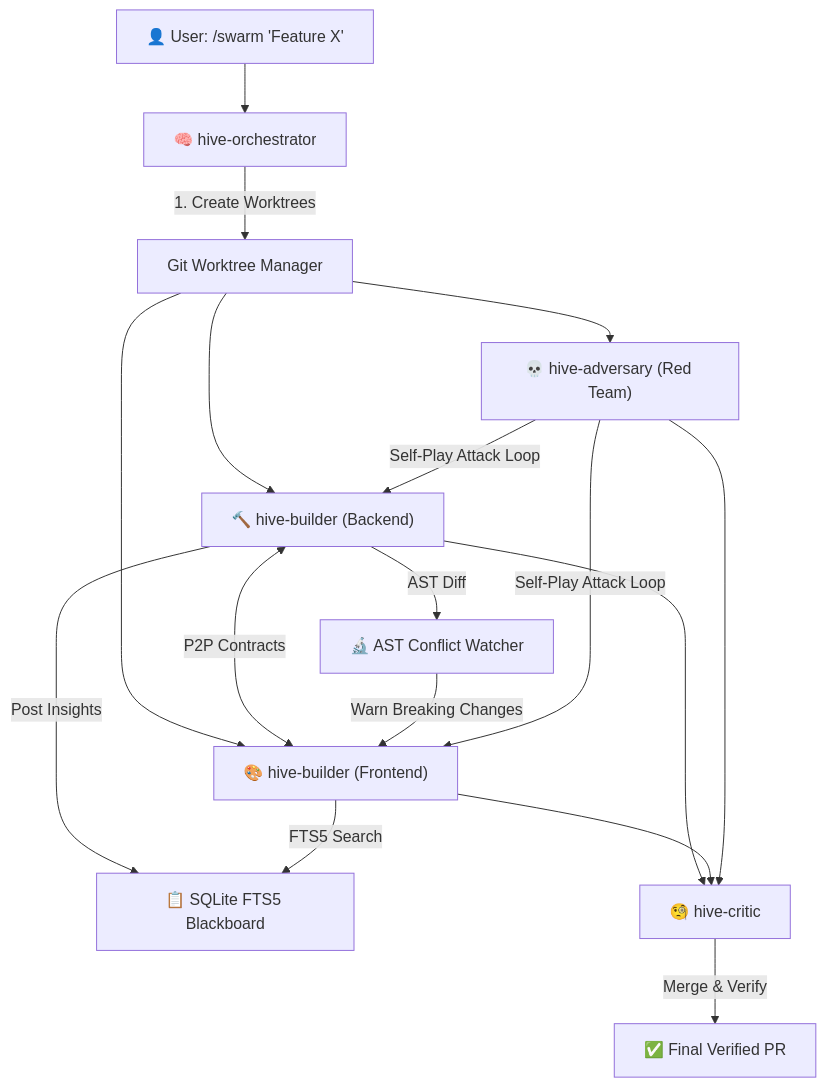
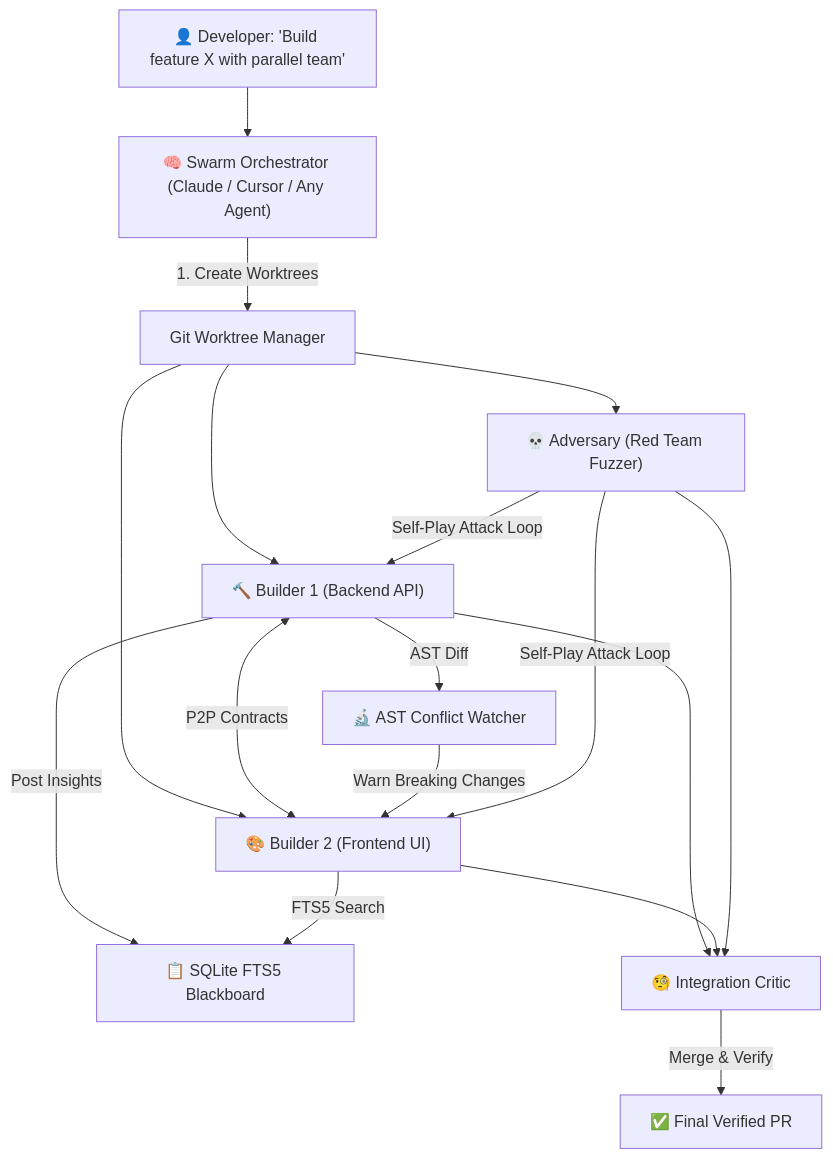
Before and after one commit to ghazy2001/hivemesh: the diagram in README.md, drawn with Mermaid. The commit also changed other lines of this file and 2 other files, not shown here.

Commit message:
docs: rebrand HiveMesh as The Universal Multi-Agent Swarm Engine for Claude Code, Cursor, Antigravity & CLI

````diff
--- a/README.md
+++ b/README.md
@@ -20,21 +35,21 @@
 ```mermaid
 flowchart TD
-    User["👤 User: /swarm 'Feature X'"] --> Orch["🧠 hive-orchestrator"]
+    User["👤 Developer: 'Build feature X with parallel team'"] --> Orch["🧠 Swarm Orchestrator (Claude / Cursor / Any Agent)"]
     Orch --> |"1. Create Worktrees"| WTM["Git Worktree Manager"]
-    WTM --> B1["🔨 hive-builder (Backend)"]
-    WTM --> B2["🎨 hive-builder (Frontend)"]
-    WTM --> ADV["💀 hive-adversary (Red Team)"]
+    WTM --> B1["🔨 Builder 1 (Backend API)"]
+    WTM --> B2["🎨 Builder 2 (Frontend UI)"]
+    WTM --> ADV["💀 Adversary (Red Team Fuzzer)"]
     
     B1 <--> |"P2P Contracts"| B2
     B1 --> |"Post Insights"| BB["📋 SQLite FTS5 Blackboard"]
     B2 --> |"FTS5 Search"| BB
     
     B1 --> |"AST Diff"| AST["🔬 AST Conflict Watcher"]
     AST --> |"Warn Breaking Changes"| B2
     
     ADV --> |"Self-Play Attack Loop"| B1
     ADV --> |"Self-Play Attack Loop"| B2
     
-    B1 & B2 & ADV --> CRIT["🧐 hive-critic"]
+    B1 & B2 & ADV --> CRIT["🧐 Integration Critic"]
     CRIT --> |"Merge & Verify"| PR["✅ Final Verified PR"]
 ```
````
